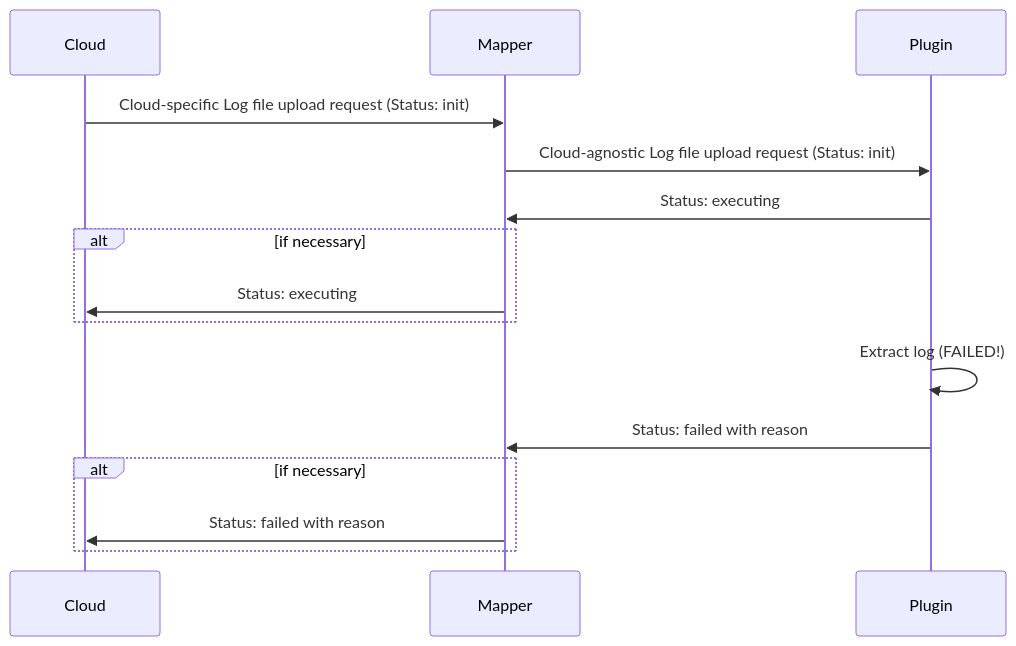
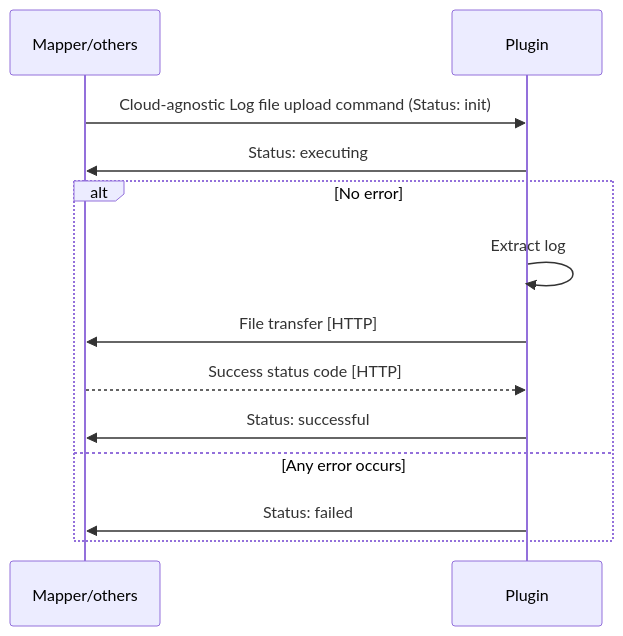
The diagram in docs/src/references/tedge-log-management.md (thin-edge/thin-edge.io), drawn with Mermaid before and after one commit. The commit also changed other lines of this file, not shown here.

````diff
--- a/docs/src/references/tedge-log-management.md
+++ b/docs/src/references/tedge-log-management.md
@@ -163,18 +124,16 @@
 ```mermaid
 sequenceDiagram
-  participant Cloud
-  participant Mapper
+  participant Mapper/others
   participant Plugin
 
-  Cloud->>Mapper: Cloud-specific Log file upload request (Status: init)
-  Mapper->>Plugin: Cloud-agnostic Log file upload request (Status: init)
-  Plugin->>Mapper: Status: executing
-  alt if necessary
-    Mapper->>Cloud: Status: executing
-  end
-  Plugin->>Plugin: Extract log (FAILED!)
-  Plugin->>Mapper: Status: failed with reason
-  alt if necessary
-    Mapper->>Cloud: Status: failed with reason
+  Mapper/others->>Plugin: Cloud-agnostic Log file upload command (Status: init)
+  Plugin->>Mapper/others: Status: executing
+  alt No error
+    Plugin->>Plugin: Extract log
+    Plugin->>Mapper/others: File transfer [HTTP]
+    Mapper/others-->>Plugin: Success status code [HTTP]
+    Plugin->>Mapper/others: Status: successful
+  else Any error occurs
+    Plugin->>Mapper/others: Status: failed
   end
 ```
````
